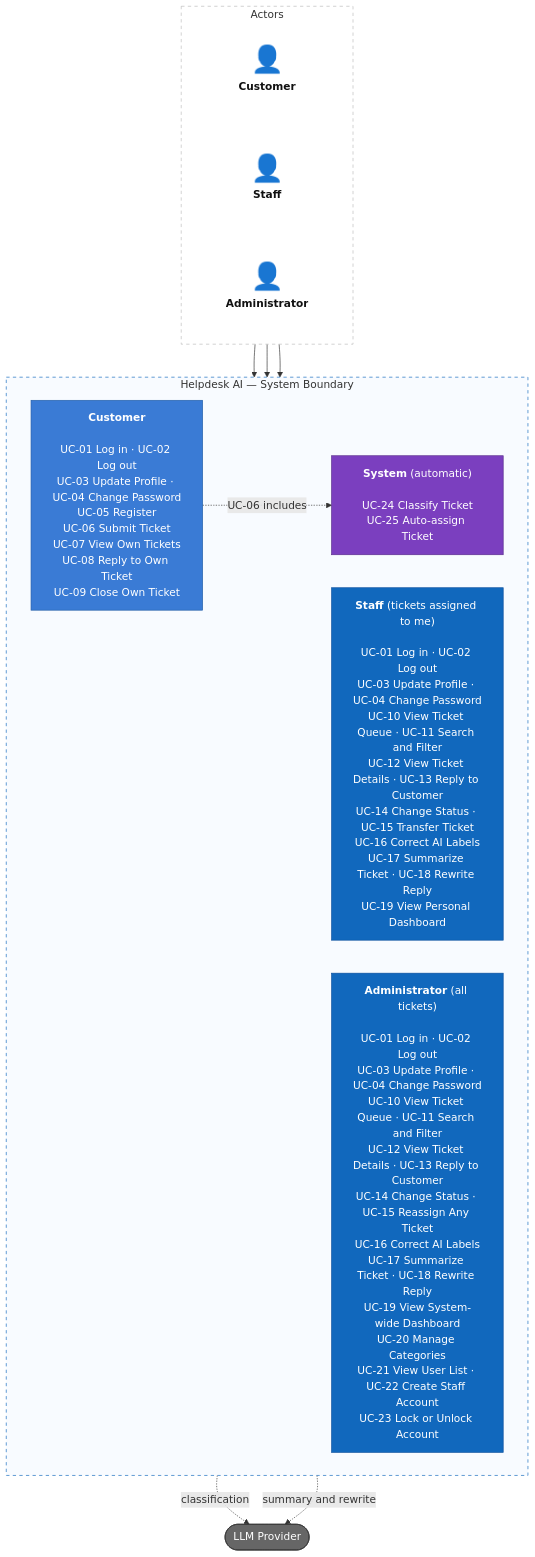
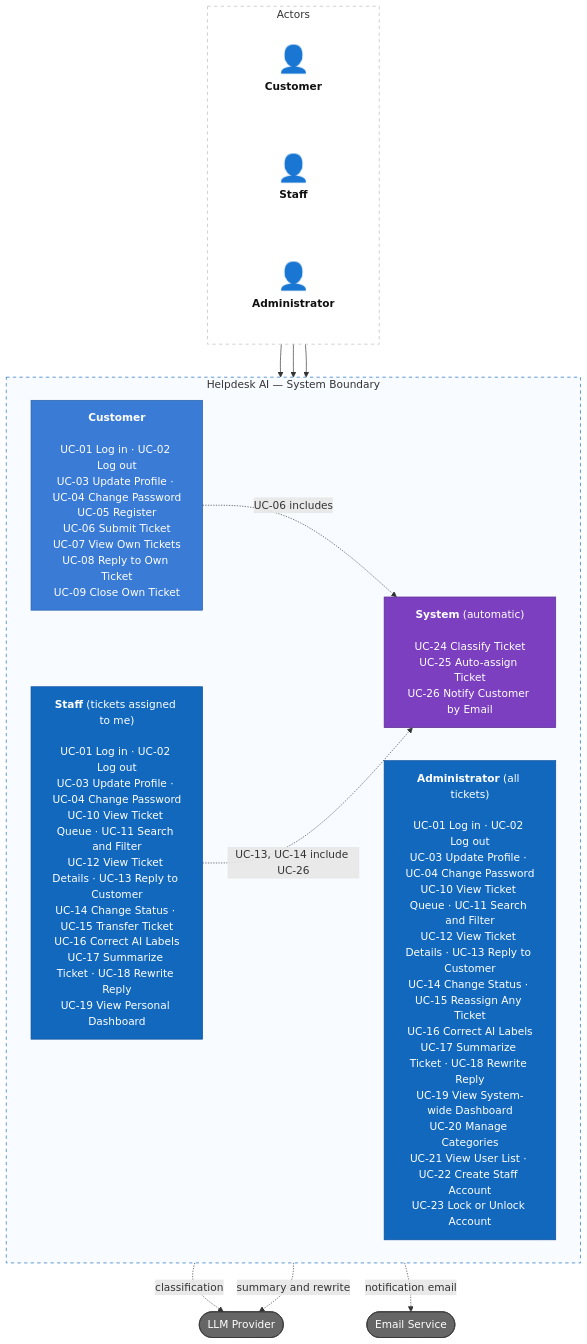
The first of 2 diagrams in README.md (minhtuann1102/HelpdeskAI), drawn with Mermaid before and after one commit. The commit also changed other lines of this file and 17 other files, not shown here.

First line of the commit message:
docs: add customer email notifications for ticket updates (D-19, US-35)

````diff
--- a/README.md
+++ b/README.md
@@ -43,39 +44,42 @@
 ```mermaid
 flowchart TB
     subgraph roles["Actors"]
         direction LR
         customer["<span style='font-size:40px'>👤</span><br/><b>Customer</b>"]
         staff["<span style='font-size:40px'>👤</span><br/><b>Staff</b>"]
         admin["<span style='font-size:40px'>👤</span><br/><b>Administrator</b>"]
     end
 
     subgraph system["Helpdesk AI — System Boundary"]
         direction LR
         customerCases["<b>Customer</b><br/><br/>UC-01 Log in · UC-02 Log out<br/>UC-03 Update Profile · UC-04 Change Password<br/>UC-05 Register<br/>UC-06 Submit Ticket<br/>UC-07 View Own Tickets<br/>UC-08 Reply to Own Ticket<br/>UC-09 Close Own Ticket"]
         staffCases["<b>Staff</b> (tickets assigned to me)<br/><br/>UC-01 Log in · UC-02 Log out<br/>UC-03 Update Profile · UC-04 Change Password<br/>UC-10 View Ticket Queue · UC-11 Search and Filter<br/>UC-12 View Ticket Details · UC-13 Reply to Customer<br/>UC-14 Change Status · UC-15 Transfer Ticket<br/>UC-16 Correct AI Labels<br/>UC-17 Summarize Ticket · UC-18 Rewrite Reply<br/>UC-19 View Personal Dashboard"]
         adminCases["<b>Administrator</b> (all tickets)<br/><br/>UC-01 Log in · UC-02 Log out<br/>UC-03 Update Profile · UC-04 Change Password<br/>UC-10 View Ticket Queue · UC-11 Search and Filter<br/>UC-12 View Ticket Details · UC-13 Reply to Customer<br/>UC-14 Change Status · UC-15 Reassign Any Ticket<br/>UC-16 Correct AI Labels<br/>UC-17 Summarize Ticket · UC-18 Rewrite Reply<br/>UC-19 View System-wide Dashboard<br/>UC-20 Manage Categories<br/>UC-21 View User List · UC-22 Create Staff Account<br/>UC-23 Lock or Unlock Account"]
-        systemCases["<b>System</b> (automatic)<br/><br/>UC-24 Classify Ticket<br/>UC-25 Auto-assign Ticket"]
+        systemCases["<b>System</b> (automatic)<br/><br/>UC-24 Classify Ticket<br/>UC-25 Auto-assign Ticket<br/>UC-26 Notify Customer by Email"]
     end
 
     llm(["LLM Provider"])
+    email(["Email Service"])
 
     customer --> customerCases
     staff --> staffCases
     admin --> adminCases
     customerCases -.->|"UC-06 includes"| systemCases
+    staffCases -.->|"UC-13, UC-14 include UC-26"| systemCases
     systemCases -.->|"classification"| llm
+    systemCases -.->|"notification email"| email
     staffCases -.->|"summary and rewrite"| llm
 
     classDef actor fill:none,stroke:none,color:#111
     classDef external fill:#666,color:#fff,stroke:#333
     classDef primary fill:#1168bd,color:#fff,stroke:#0b4f9e
     classDef standard fill:#3a7bd5,color:#fff,stroke:#245fa8
     classDef ai fill:#7b3fbf,color:#fff,stroke:#5a2d8c
     class customer,staff,admin actor
-    class llm external
+    class llm,email external
     class adminCases,staffCases primary
     class customerCases standard
     class systemCases ai
     style roles fill:#fff,stroke:#bbb,stroke-dasharray:5 5
     style system fill:#f8fbff,stroke:#1168bd,stroke-dasharray:5 5
 ```
````
